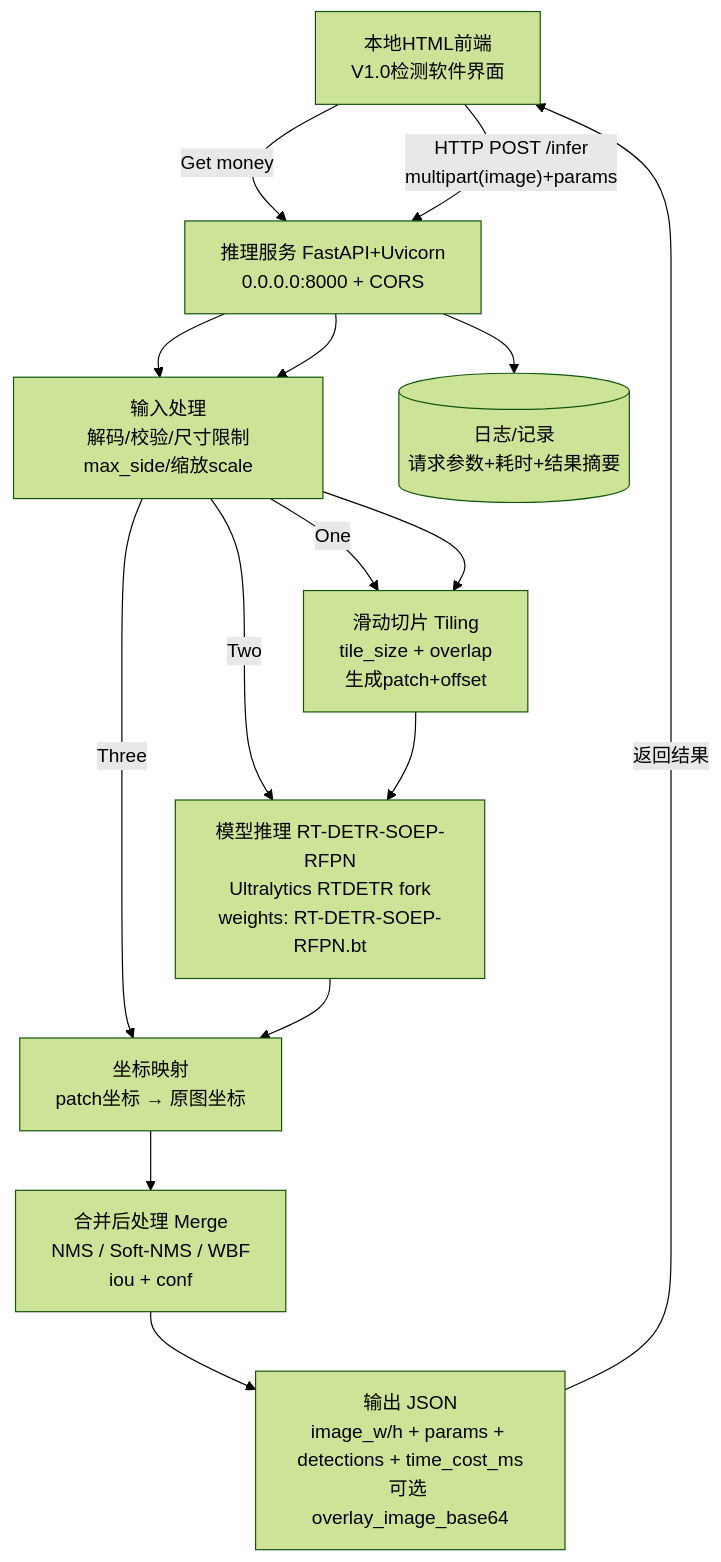
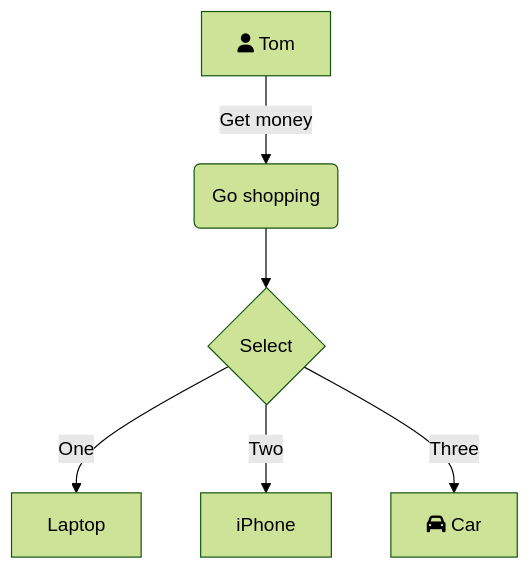
One commit to CrayyanG/iodraw-files changed the diagram in all/未命名-3.md. Above: the diagram before and after it, drawn with Mermaid (forest theme).

Commit message:
2026-03-05 18:32:21 update

````diff
--- a/all/未命名-3.md
+++ b/all/未命名-3.md
@@ -1,17 +1,8 @@
 ```mermaid
 graph TD
     A[fa:fa-user Tom] -->|Get money| B(Go shopping)
     B --> C{Select}
     C -->|One| D[Laptop]
     C -->|Two| E[iPhone]
     C -->|Three| F[fa:fa-car Car]
-  A["本地HTML前端<br/>V1.0检测软件界面"] -->|"HTTP POST /infer<br/>multipart(image)+params"| B["推理服务 FastAPI+Uvicorn<br/>0.0.0.0:8000 + CORS"]
-  B --> C["输入处理<br/>解码/校验/尺寸限制max_side/缩放scale"]
-  C --> D["滑动切片 Tiling<br/>tile_size + overlap<br/>生成patch+offset"]
-  D --> E["模型推理 RT-DETR-SOEP-RFPN<br/>Ultralytics RTDETR fork<br/>weights: RT-DETR-SOEP-RFPN.bt"]
-  E --> F["坐标映射<br/>patch坐标 → 原图坐标"]
-  F --> G["合并后处理 Merge<br/>NMS / Soft-NMS / WBF<br/>iou + conf"]
-  G --> H["输出 JSON<br/>image_w/h + params + detections + time_cost_ms<br/>可选 overlay_image_base64"]
-  H -->|返回结果| A
-  B --> I[("日志/记录<br/>请求参数+耗时+结果摘要")]
 ```
````
